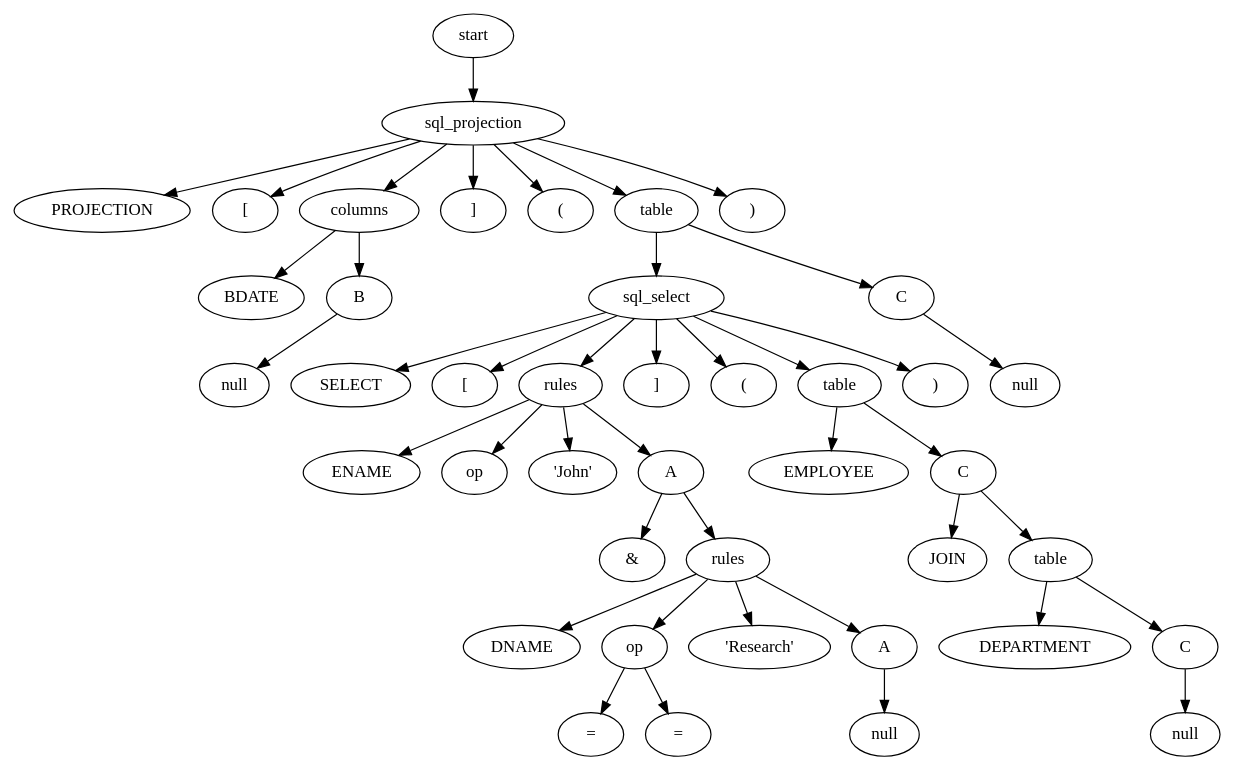
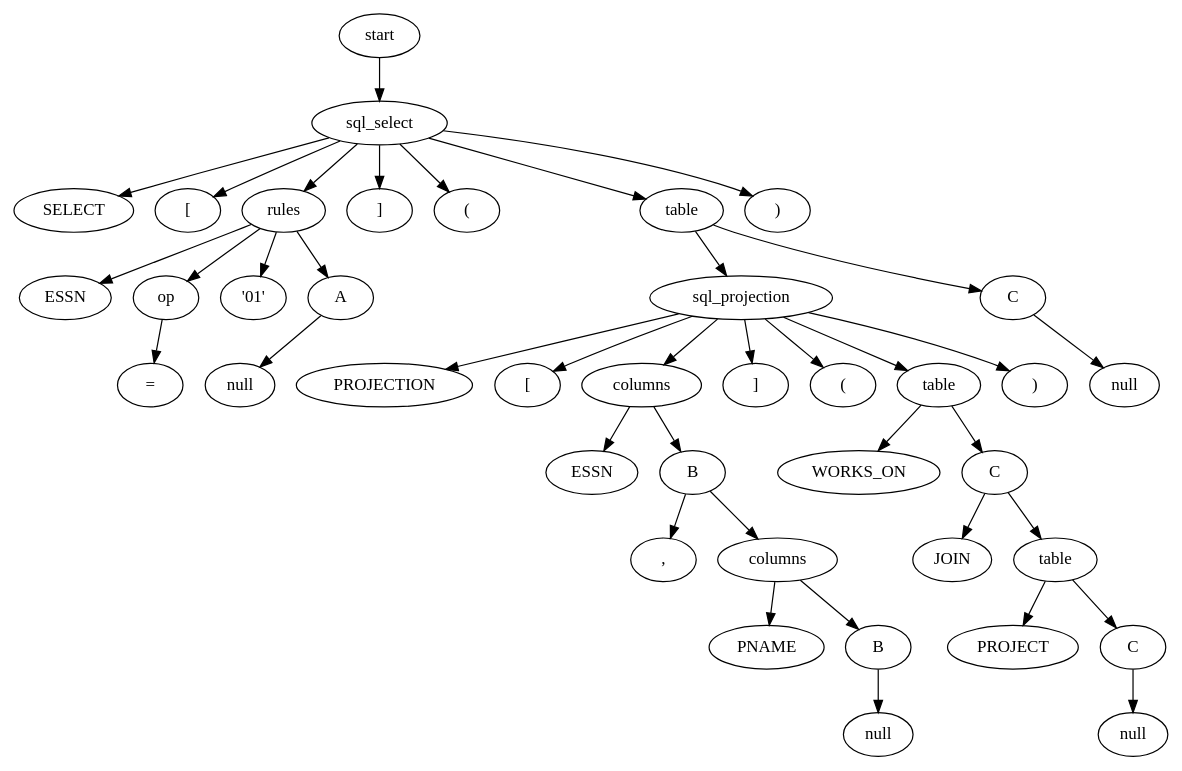
The diagram in round-table.gv (dongchangzhang/zdb), drawn with Graphviz before and after one commit. The commit also changed 6 other files, not shown here.

```diff
--- a/round-table.gv
+++ b/round-table.gv
@@ -1,86 +1,80 @@
 // Tree
 digraph {
 	1 [label=start]
-	2 [label=sql_projection]
+	2 [label=sql_select]
 		1 -> 2
-	3 [label=PROJECTION]
+	3 [label=SELECT]
 		2 -> 3
 	4 [label="["]
 		2 -> 4
-	5 [label=columns]
+	5 [label=rules]
 		2 -> 5
 	6 [label="]"]
 		2 -> 6
 	7 [label="("]
 		2 -> 7
 	8 [label=table]
 		2 -> 8
 	9 [label=")"]
 		2 -> 9
-	10 [label=sql_select]
+	10 [label=sql_projection]
 		8 -> 10
 	11 [label=C]
 		8 -> 11
 	12 [label=null]
 		11 -> 12
-	13 [label=SELECT]
+	13 [label=PROJECTION]
 		10 -> 13
 	14 [label="["]
 		10 -> 14
-	15 [label=rules]
+	15 [label=columns]
 		10 -> 15
 	16 [label="]"]
 		10 -> 16
 	17 [label="("]
 		10 -> 17
 	18 [label=table]
 		10 -> 18
 	19 [label=")"]
 		10 -> 19
-	20 [label=EMPLOYEE]
+	20 [label=WORKS_ON]
 		18 -> 20
 	21 [label=C]
 		18 -> 21
 	22 [label=JOIN]
 		21 -> 22
 	23 [label=table]
 		21 -> 23
-	24 [label=DEPARTMENT]
+	24 [label=PROJECT]
 		23 -> 24
 	25 [label=C]
 		23 -> 25
 	26 [label=null]
 		25 -> 26
-	27 [label=ENAME]
+	27 [label=ESSN]
 		15 -> 27
-	28 [label=op]
+	28 [label=B]
 		15 -> 28
-	29 [label="'John'"]
-		15 -> 29
-	30 [label=A]
-		15 -> 30
-	31 [label="&"]
+	29 [label=","]
+		28 -> 29
+	30 [label=columns]
+		28 -> 30
+	31 [label=PNAME]
 		30 -> 31
-	32 [label=rules]
+	32 [label=B]
 		30 -> 32
-	33 [label=DNAME]
+	33 [label=null]
 		32 -> 33
-	34 [label=op]
-		32 -> 34
-	35 [label="'Research'"]
-		32 -> 35
-	36 [label=A]
-		32 -> 36
-	37 [label=null]
-		36 -> 37
-	38 [label="="]
-		34 -> 38
+	34 [label=ESSN]
+		5 -> 34
+	35 [label=op]
+		5 -> 35
+	36 [label="'01'"]
+		5 -> 36
+	37 [label=A]
+		5 -> 37
+	38 [label=null]
+		37 -> 38
 	39 [label="="]
-		34 -> 39
-	40 [label=BDATE]
-		5 -> 40
-	41 [label=B]
-		5 -> 41
-	42 [label=null]
-		41 -> 42
+		35 -> 39
 }
```
